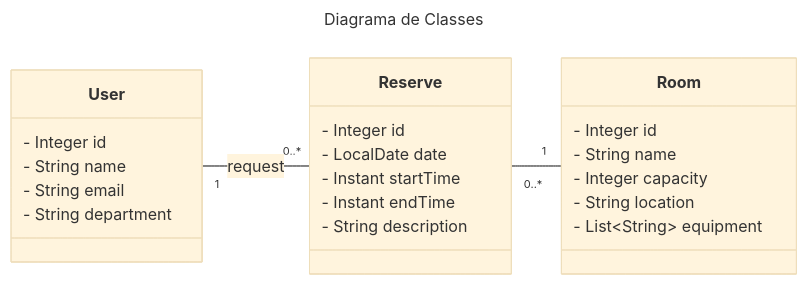
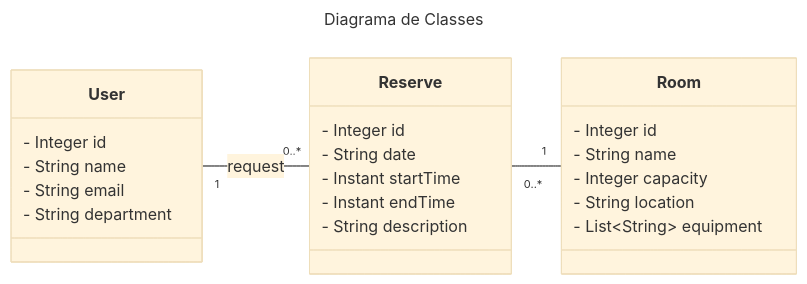
Before and after one commit to cleantho/Booker: the diagram in README.md, drawn with Mermaid (base theme). The commit also changed 7 other files, not shown here.

````diff
--- a/README.md
+++ b/README.md
@@ -8,32 +8,32 @@
 ```mermaid
 ---
 title: Diagrama de Classes
 ---
 classDiagram
     direction RL
     class Room {
         - Integer id 
         - String name 
         - Integer capacity 
         - String location 
         - List~String~ equipment          
     }
      
     class Reserve {
         - Integer id
-        - LocalDate date
+        - String date
         - Instant startTime
         - Instant endTime
         - String description        
     }
     
     
      class User {
         - Integer id
         - String name
         - String email
         - String department        
     }
     Room "1" -- "0..*" Reserve
     Reserve "0..*" -- "1" User : request
 ```
````
